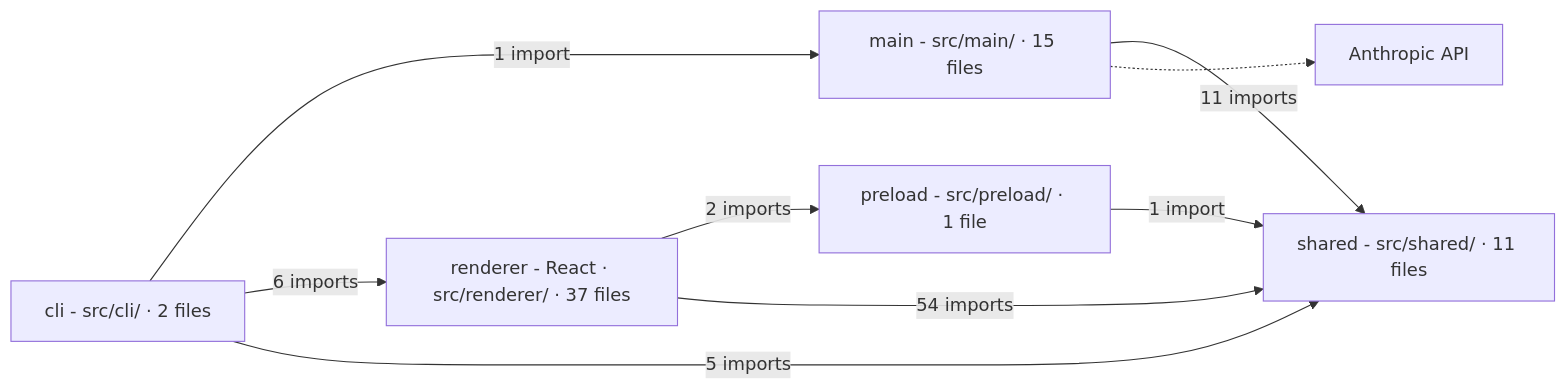
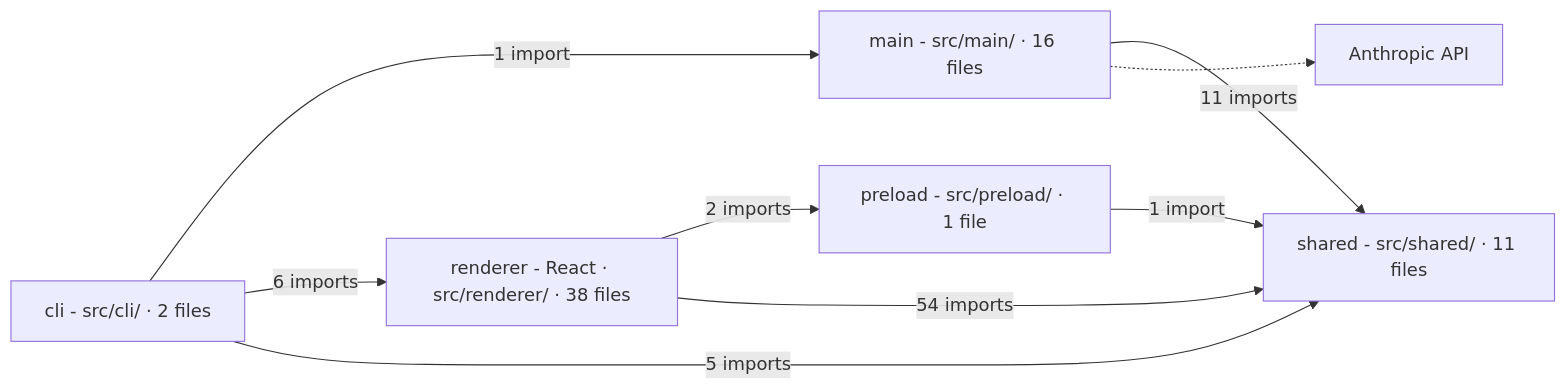
Before and after one commit to Sarthak-47/crtgrphr: the diagram in docs/architecture.md, drawn with Mermaid. The commit also changed 10 other files, not shown here.

````diff
--- a/docs/architecture.md
+++ b/docs/architecture.md
@@ -3,20 +3,20 @@
 ```mermaid
 flowchart LR
   dir_src_cli["cli - src/cli/ · 2 files"]
-  dir_src_main["main - src/main/ · 15 files"]
+  dir_src_main["main - src/main/ · 16 files"]
   dir_src_preload["preload - src/preload/ · 1 file"]
-  dir_src_renderer["renderer - React · src/renderer/ · 37 files"]
+  dir_src_renderer["renderer - React · src/renderer/ · 38 files"]
   dir_src_shared["shared - src/shared/ · 11 files"]
   anthropic_api["Anthropic API"]
   dir_src_cli -->|"1 import"| dir_src_main
   dir_src_cli -->|"6 imports"| dir_src_renderer
   dir_src_cli -->|"5 imports"| dir_src_shared
   dir_src_main -->|"11 imports"| dir_src_shared
   dir_src_preload -->|"1 import"| dir_src_shared
   dir_src_renderer -->|"2 imports"| dir_src_preload
   dir_src_renderer -->|"54 imports"| dir_src_shared
   dir_src_main -.-> anthropic_api
   class dir_src_cli,dir_src_main,dir_src_preload,dir_src_shared backend
   class dir_src_renderer frontend
   class anthropic_api service
 ```
````
